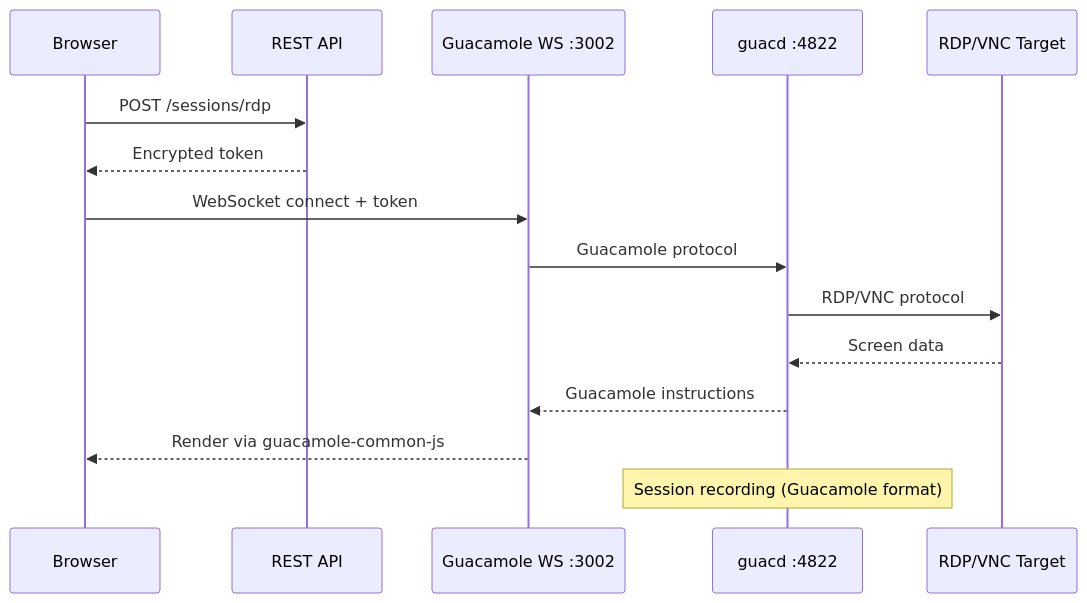
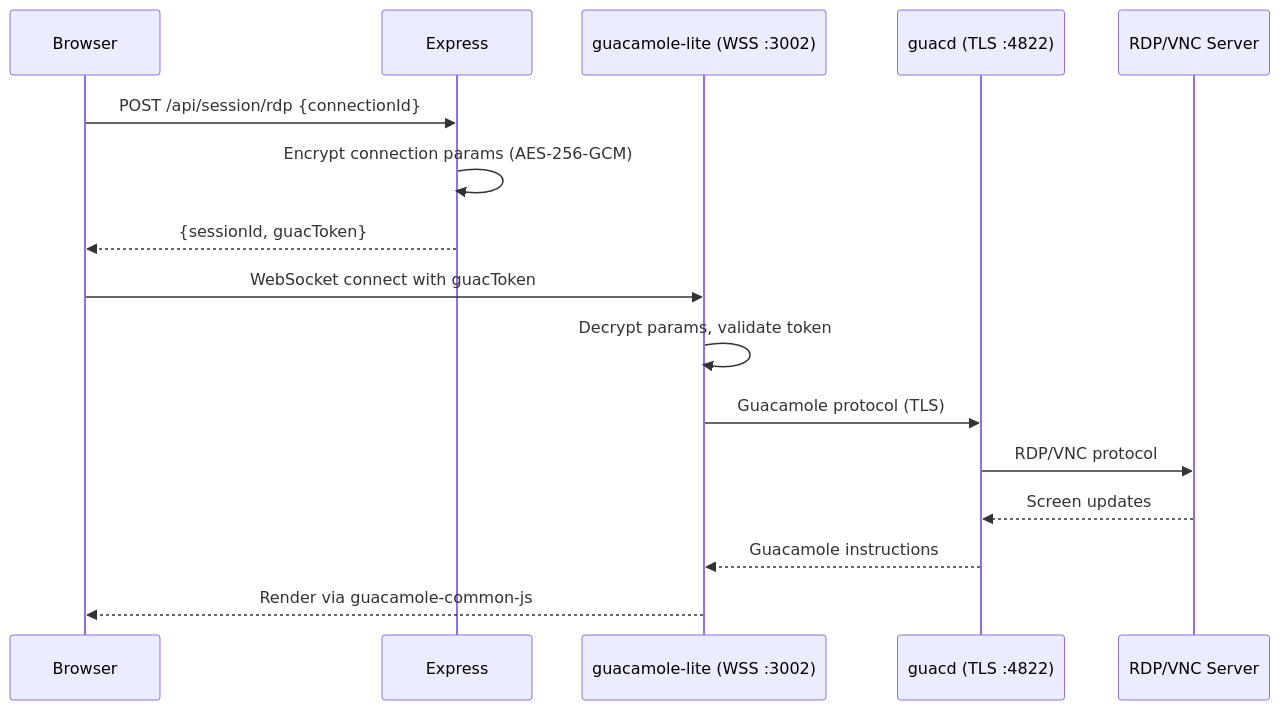
Before and after one commit to dnviti/remote-desktop-manager: the sixth of 10 diagrams in docs/architecture.md, drawn with Mermaid. The commit also changed other lines of this file and 177 other files, not shown here.

````diff
--- a/docs/architecture.md
+++ b/docs/architecture.md
@@ -449,18 +211,19 @@
 ```mermaid
 sequenceDiagram
     participant Browser
-    participant API as REST API
-    participant GuacWS as Guacamole WS :3002
-    participant GuacD as guacd :4822
-    participant Target as RDP/VNC Target
+    participant Express
+    participant GuacLite as guacamole-lite (WSS :3002)
+    participant Guacd as guacd (TLS :4822)
+    participant Target as RDP/VNC Server
 
-    Browser->>API: POST /sessions/rdp
-    API-->>Browser: Encrypted token
-    Browser->>GuacWS: WebSocket connect + token
-    GuacWS->>GuacD: Guacamole protocol
-    GuacD->>Target: RDP/VNC protocol
-    Target-->>GuacD: Screen data
-    GuacD-->>GuacWS: Guacamole instructions
-    GuacWS-->>Browser: Render via guacamole-common-js
-    Note over GuacD: Session recording (Guacamole format)
+    Browser->>Express: POST /api/session/rdp {connectionId}
+    Express->>Express: Encrypt connection params (AES-256-GCM)
+    Express-->>Browser: {sessionId, guacToken}
+    Browser->>GuacLite: WebSocket connect with guacToken
+    GuacLite->>GuacLite: Decrypt params, validate token
+    GuacLite->>Guacd: Guacamole protocol (TLS)
+    Guacd->>Target: RDP/VNC protocol
+    Target-->>Guacd: Screen updates
+    Guacd-->>GuacLite: Guacamole instructions
+    GuacLite-->>Browser: Render via guacamole-common-js
 ```
````
